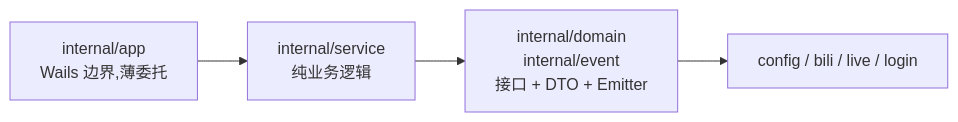
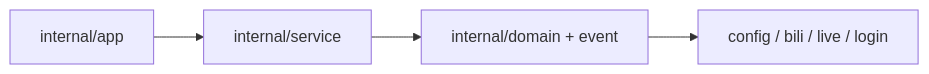
One commit to aDarkMaker/BiliLuckyDraw changed the diagram in docs/architecture/overview.md. Above: the diagram before and after it, drawn with Mermaid. The commit also changed 2 other files, not shown here.

Commit message:
fix(docs): 修复后端分层图文字溢出
- mermaid 关闭 htmlLabels,改用 SVG 文本渲染避免 CJK 标签外框算窄
- 各层节点精简为单行包名,职责说明交由下方列表

````diff
--- a/docs/architecture/overview.md
+++ b/docs/architecture/overview.md
@@ -7,9 +7,9 @@
 ```mermaid
 flowchart LR
-    App["internal/app<br/>Wails 边界,薄委托"]
-    Svc["internal/service<br/>纯业务逻辑"]
-    Dom["internal/domain<br/>internal/event<br/>接口 + DTO + Emitter"]
+    App["internal/app"]
+    Svc["internal/service"]
+    Dom["internal/domain + event"]
     Base["config / bili / live / login"]
 
     App --> Svc --> Dom --> Base
 ```
````
